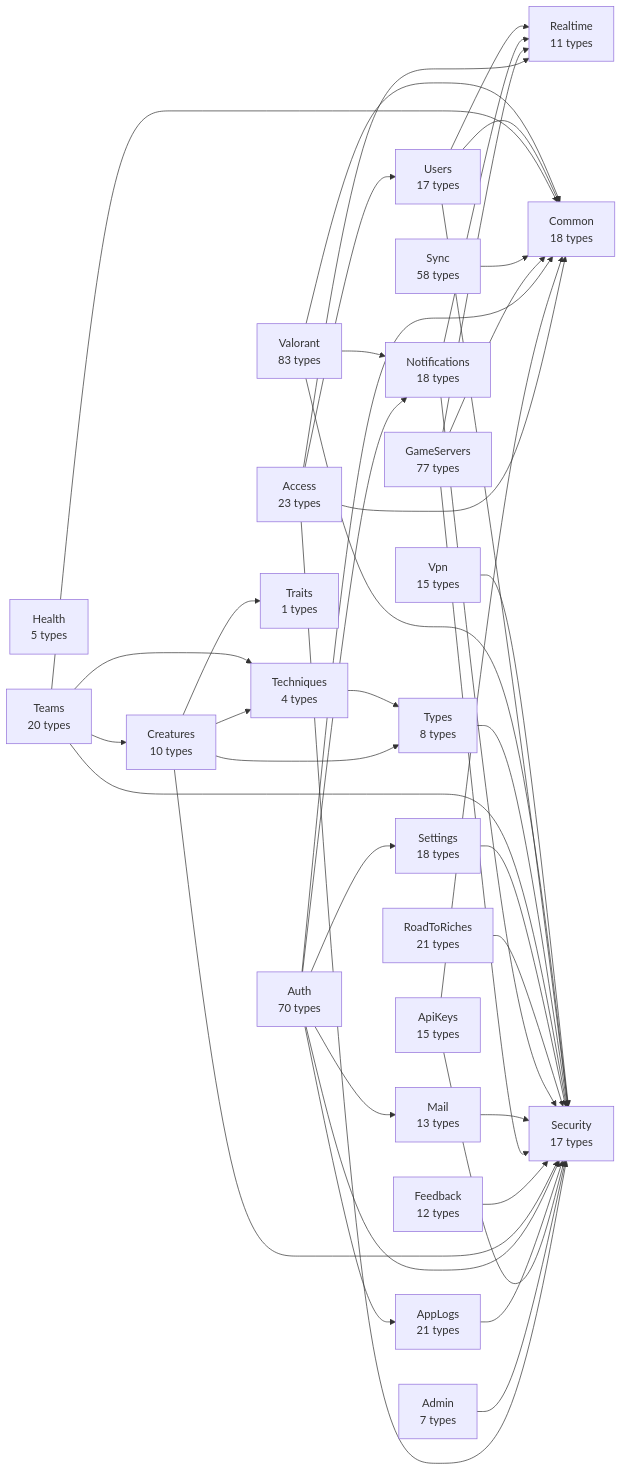
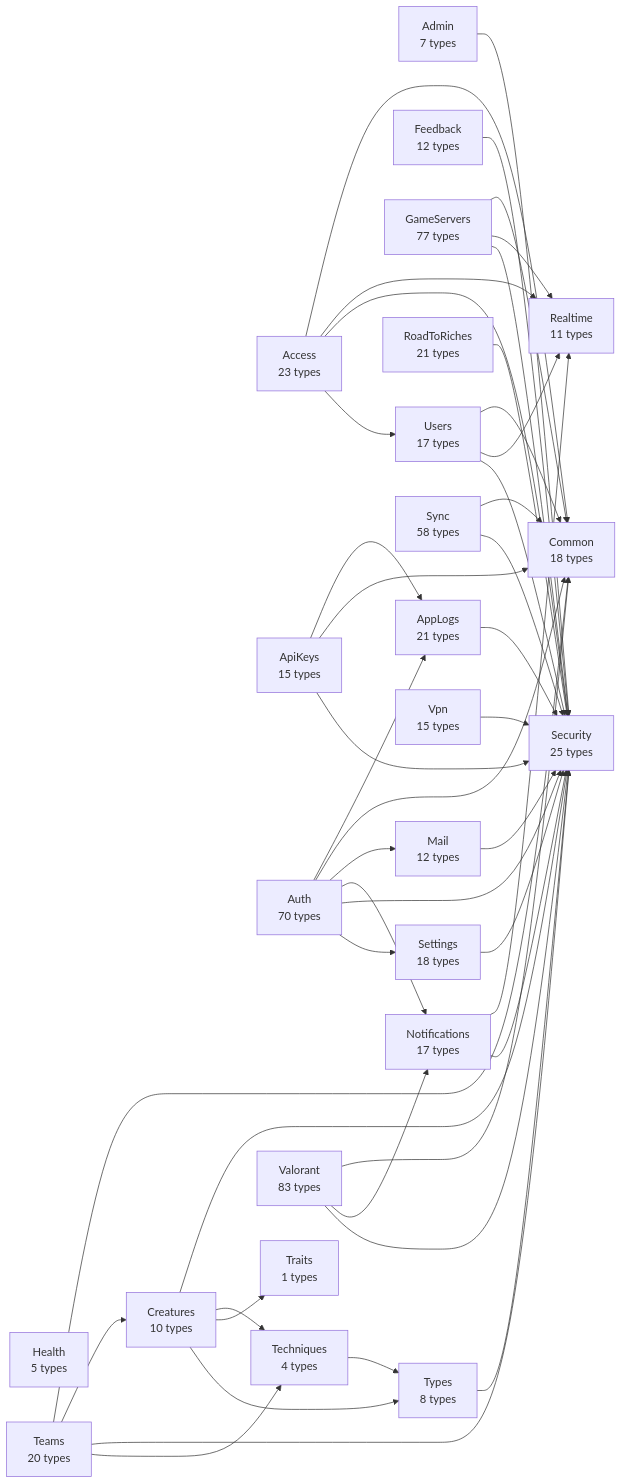
The diagram in api/docs/diagrams/00-modules.md (huiitre/Tools-app), drawn with Mermaid before and after one commit. The commit also changed 58 other files, not shown here.

````diff
--- a/api/docs/diagrams/00-modules.md
+++ b/api/docs/diagrams/00-modules.md
@@ -5,68 +5,70 @@
 ```mermaid
 flowchart LR
   Access["Access<br/>23 types"]
   Admin["Admin<br/>7 types"]
   ApiKeys["ApiKeys<br/>15 types"]
   AppLogs["AppLogs<br/>21 types"]
   Auth["Auth<br/>70 types"]
   Common["Common<br/>18 types"]
   Creatures["Creatures<br/>10 types"]
   Feedback["Feedback<br/>12 types"]
   GameServers["GameServers<br/>77 types"]
   Health["Health<br/>5 types"]
-  Mail["Mail<br/>13 types"]
-  Notifications["Notifications<br/>18 types"]
+  Mail["Mail<br/>12 types"]
+  Notifications["Notifications<br/>17 types"]
   Realtime["Realtime<br/>11 types"]
   RoadToRiches["RoadToRiches<br/>21 types"]
-  Security["Security<br/>17 types"]
+  Security["Security<br/>25 types"]
   Settings["Settings<br/>18 types"]
   Sync["Sync<br/>58 types"]
   Teams["Teams<br/>20 types"]
   Techniques["Techniques<br/>4 types"]
   Traits["Traits<br/>1 types"]
   Types["Types<br/>8 types"]
   Users["Users<br/>17 types"]
   Valorant["Valorant<br/>83 types"]
   Vpn["Vpn<br/>15 types"]
   Access --> Common
   Access --> Realtime
   Access --> Security
   Access --> Users
   Admin --> Security
+  ApiKeys --> AppLogs
   ApiKeys --> Common
   ApiKeys --> Security
   AppLogs --> Security
   Auth --> AppLogs
   Auth --> Common
   Auth --> Mail
   Auth --> Notifications
   Auth --> Security
   Auth --> Settings
   Creatures --> Security
   Creatures --> Techniques
   Creatures --> Traits
   Creatures --> Types
   Feedback --> Security
   GameServers --> Common
   GameServers --> Realtime
   GameServers --> Security
   Mail --> Security
   Notifications --> Realtime
   Notifications --> Security
   RoadToRiches --> Security
   Settings --> Security
   Sync --> Common
+  Sync --> Security
   Teams --> Common
   Teams --> Creatures
   Teams --> Security
   Teams --> Techniques
   Techniques --> Types
   Types --> Security
   Users --> Common
   Users --> Realtime
   Users --> Security
   Valorant --> Common
   Valorant --> Notifications
   Valorant --> Security
   Vpn --> Security
 ```
````
